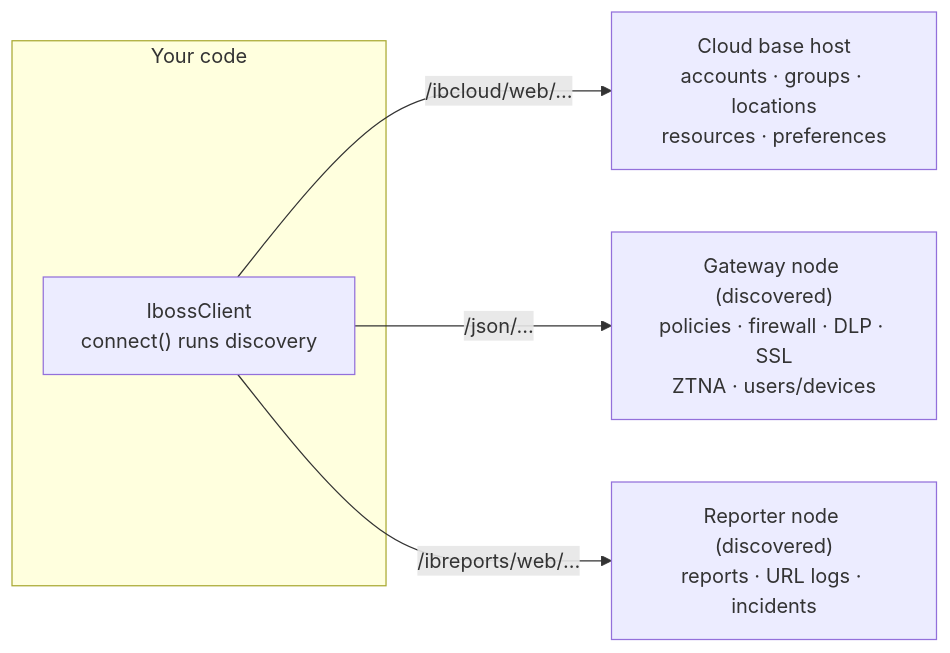
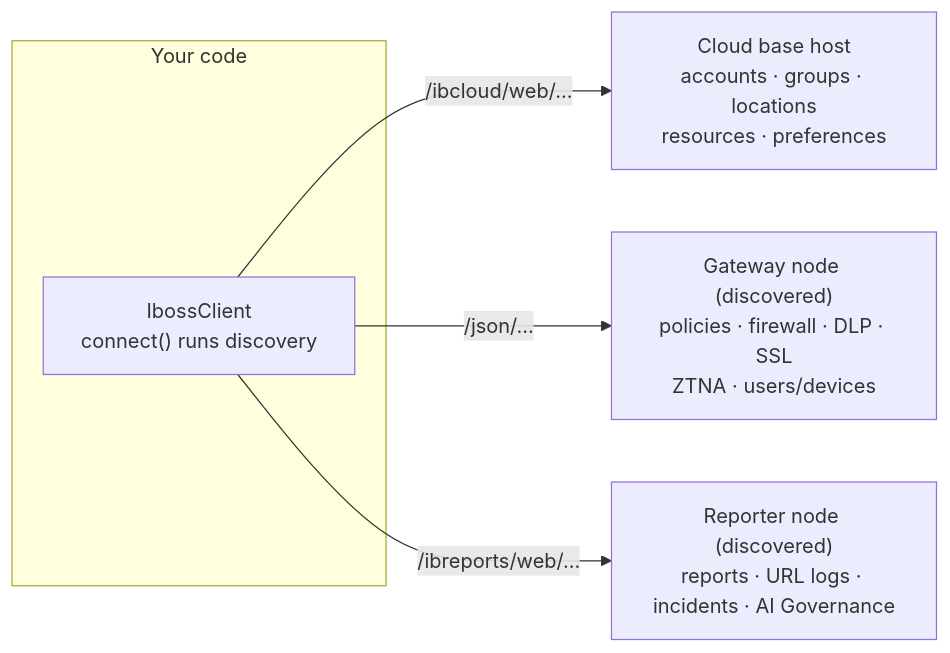
The diagram in README.md (ibossx/iboss-api-sdk), drawn with Mermaid before and after one commit. The commit also changed other lines of this file and 14 other files, not shown here.

````diff
--- a/README.md
+++ b/README.md
@@ -109,9 +109,9 @@
 ```mermaid
 flowchart LR
     subgraph you [Your code]
         C["IbossClient<br/>connect() runs discovery"]
     end
     C -->|"/ibcloud/web/…"| CLOUD["Cloud base host<br/>accounts · groups · locations<br/>resources · preferences"]
     C -->|"/json/…"| GW["Gateway node (discovered)<br/>policies · firewall · DLP · SSL<br/>ZTNA · users/devices"]
-    C -->|"/ibreports/web/…"| REP["Reporter node (discovered)<br/>reports · URL logs · incidents"]
+    C -->|"/ibreports/web/…"| REP["Reporter node (discovered)<br/>reports · URL logs · incidents · AI Governance"]
 ```
````
